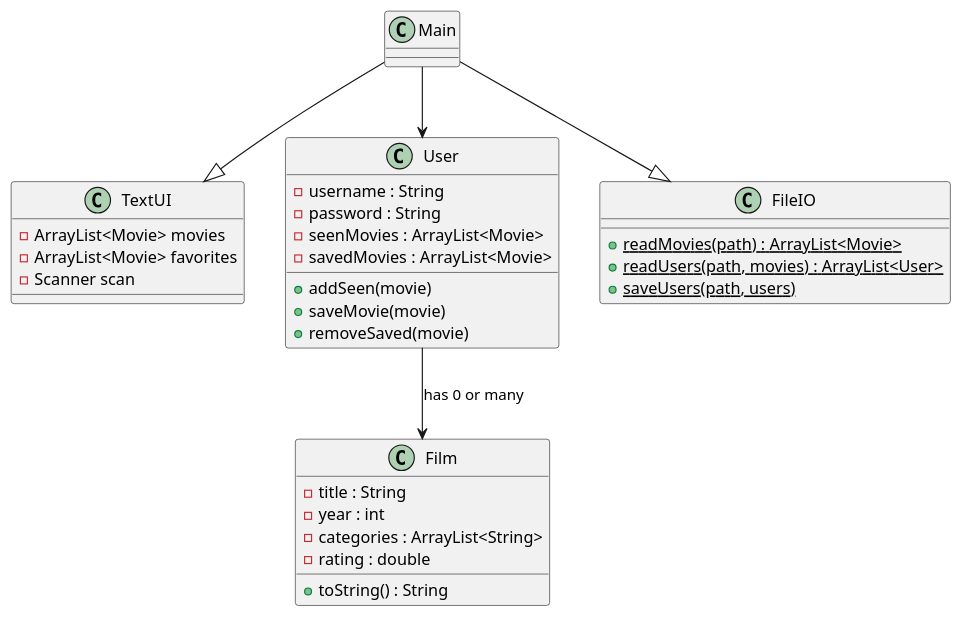
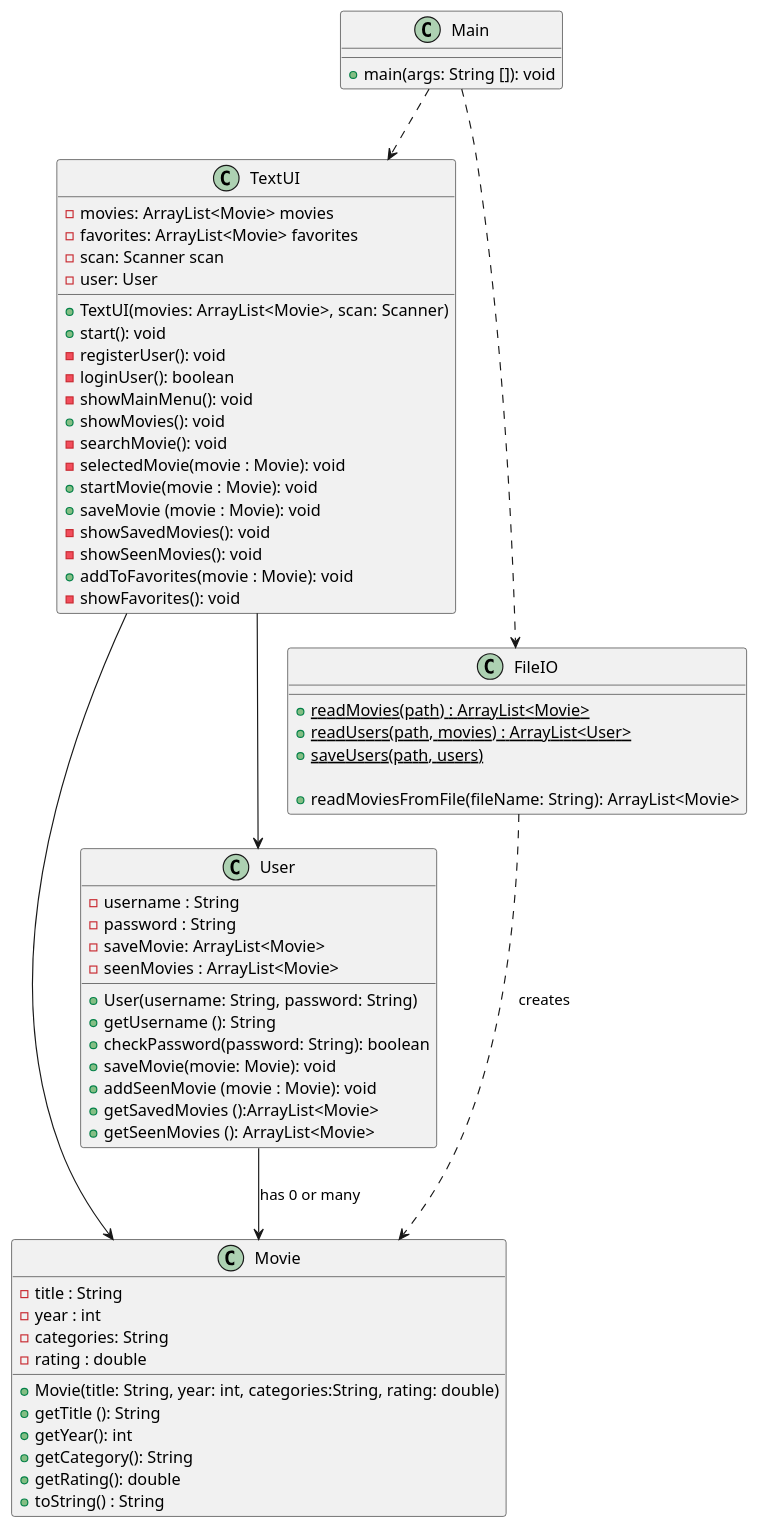
The diagram in diagrams/dynamic/classediagramMini.puml (LauraRaun/Sp3Chill), drawn with PlantUML before and after one commit. The commit also changed 1 other file, not shown here.

Commit message:
Ændringer i classediagram og usecases

```diff
--- a/diagrams/dynamic/classediagramMini.puml
+++ b/diagrams/dynamic/classediagramMini.puml
@@ -1,43 +1,83 @@
 @startuml
 'https://plantuml.com/sequence-diagram
 
 
 class Main
-class Film
+class Movie
 class TextUI
 class User
 class FileIO
 
-Main--|>TextUI
-Main--> User
-Main--|>FileIO
-User-->Film: has 0 or many
+Main..>TextUI
+Main..>FileIO
+FileIO..>Movie: creates
+User-->Movie: has 0 or many
+TextUI-->Movie
+TextUI-->User
+
+class Main{
++main(args: String []): void
+}
 
 class User {
   -username : String
   -password : String
+  -saveMovie: ArrayList<Movie>
   -seenMovies : ArrayList<Movie>
-  -savedMovies : ArrayList<Movie>
-  +addSeen(movie)
-  +saveMovie(movie)
-  +removeSaved(movie)
+
+  +User(username: String, password: String)
+  +getUsername (): String
+  +checkPassword(password: String): boolean
+  +saveMovie(movie: Movie): void
+  +addSeenMovie (movie : Movie): void
+  +getSavedMovies ():ArrayList<Movie>
+  +getSeenMovies (): ArrayList<Movie>
+
   }
-class Film {
+class Movie {
   -title : String
   -year : int
-  -categories : ArrayList<String>
+  -categories: String
   -rating : double
+
+  +Movie(title: String, year: int, categories:String, rating: double)
+  +getTitle (): String
+  +getYear(): int
+  +getCategory(): String
+  +getRating(): double
   +toString() : String
   }
 class TextUI {
--ArrayList<Movie> movies
-- ArrayList<Movie> favorites
-- Scanner scan
+- movies: ArrayList<Movie> movies
+- favorites: ArrayList<Movie> favorites
+- scan: Scanner scan
+-user: User
+
++ TextUI(movies: ArrayList<Movie>, scan: Scanner)
++start(): void
+-registerUser(): void
+-loginUser(): boolean
+-showMainMenu(): void
++showMovies(): void
+-searchMovie(): void
+-selectedMovie(movie : Movie): void
++startMovie(movie : Movie): void
++saveMovie (movie : Movie): void
+-showSavedMovies(): void
+-showSeenMovies(): void
++addToFavorites(movie : Movie): void
+-showFavorites(): void
+
 }
 class FileIO {
   {static} +readMovies(path) : ArrayList<Movie>
   {static} +readUsers(path, movies) : ArrayList<User>
   {static} +saveUsers(path, users)
+
+  +readMoviesFromFile(fileName: String): ArrayList<Movie>
 }
 
+
+
+
 @enduml
```
